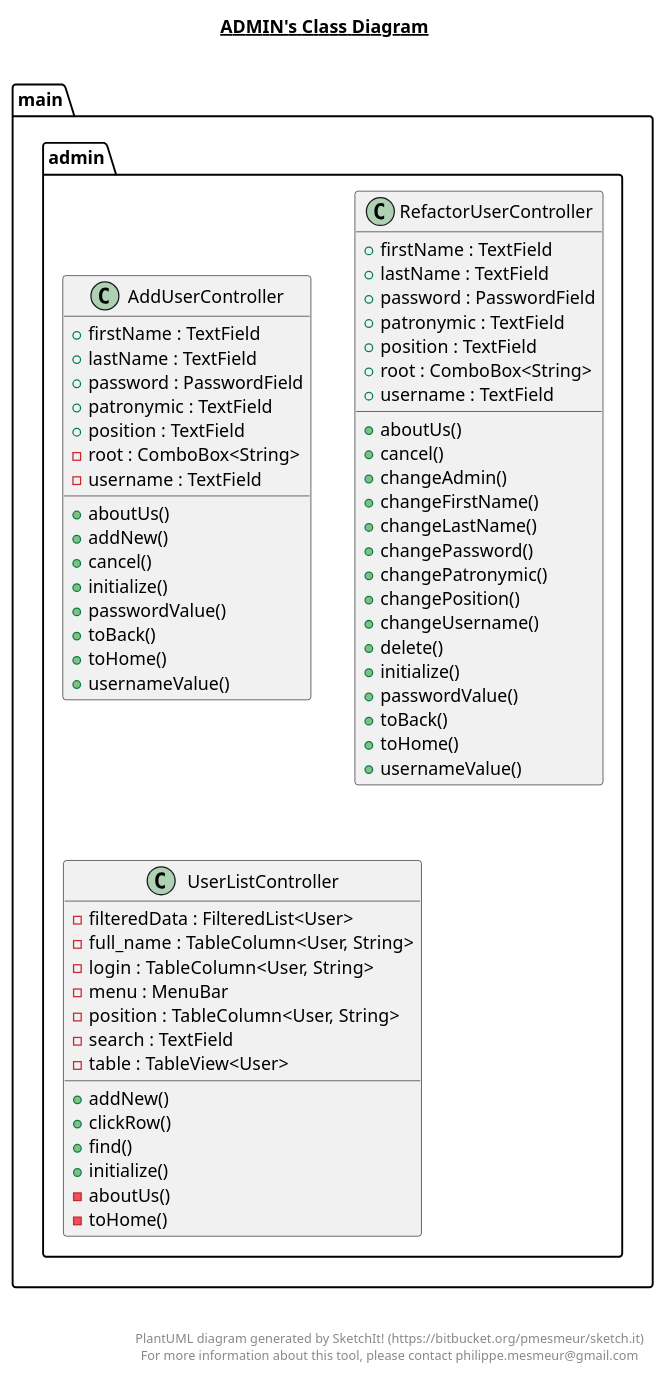
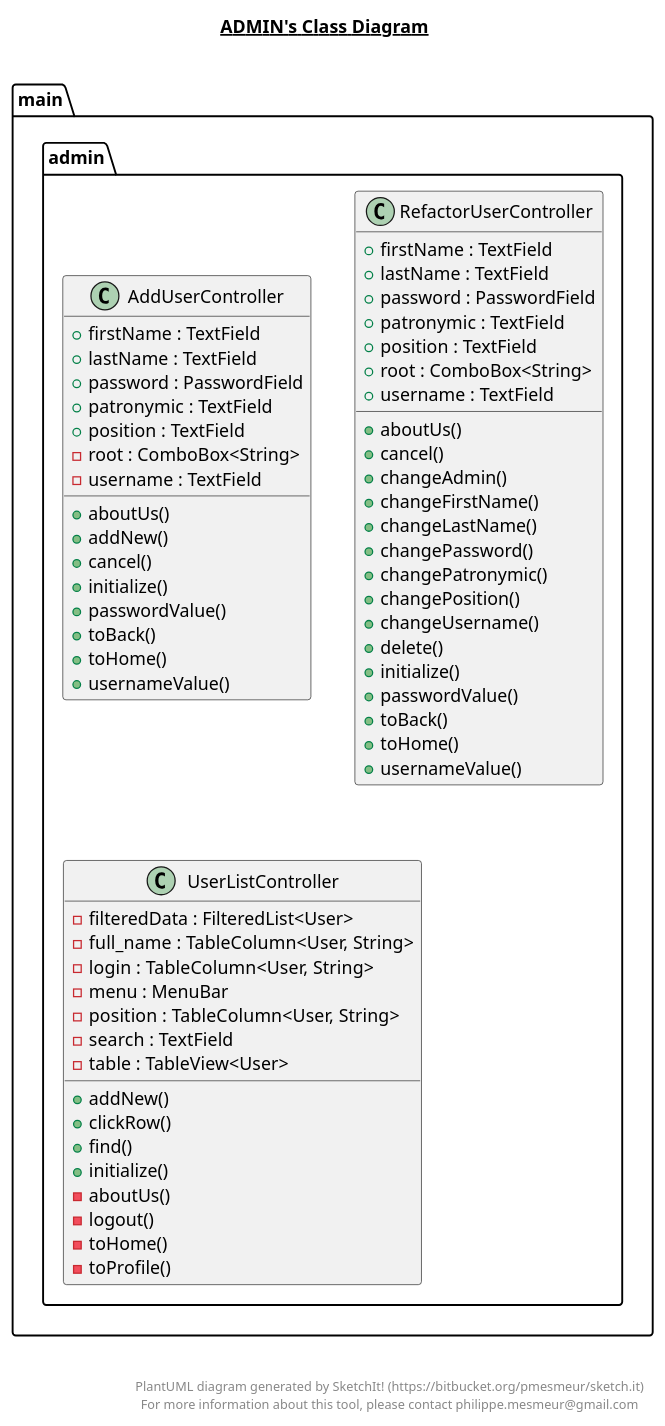
The diagram in src/main/admin/admin.plantuml (psychosis1/Work-Practice), drawn with PlantUML before and after one commit. The commit also changed 4 other files, not shown here.

```diff
--- a/src/main/admin/admin.plantuml
+++ b/src/main/admin/admin.plantuml
@@ -1,88 +1,90 @@
 @startuml
 
 title __ADMIN's Class Diagram__\n
 
   namespace main {
     namespace admin {
       class main.admin.AddUserController {
           + firstName : TextField
           + lastName : TextField
           + password : PasswordField
           + patronymic : TextField
           + position : TextField
           - root : ComboBox<String>
           - username : TextField
           + aboutUs()
           + addNew()
           + cancel()
           + initialize()
           + passwordValue()
           + toBack()
           + toHome()
           + usernameValue()
       }
     }
   }
   
 
   namespace main {
     namespace admin {
       class main.admin.RefactorUserController {
           + firstName : TextField
           + lastName : TextField
           + password : PasswordField
           + patronymic : TextField
           + position : TextField
           + root : ComboBox<String>
           + username : TextField
           + aboutUs()
           + cancel()
           + changeAdmin()
           + changeFirstName()
           + changeLastName()
           + changePassword()
           + changePatronymic()
           + changePosition()
           + changeUsername()
           + delete()
           + initialize()
           + passwordValue()
           + toBack()
           + toHome()
           + usernameValue()
       }
     }
   }
   
 
   namespace main {
     namespace admin {
       class main.admin.UserListController {
           - filteredData : FilteredList<User>
           - full_name : TableColumn<User, String>
           - login : TableColumn<User, String>
           - menu : MenuBar
           - position : TableColumn<User, String>
           - search : TextField
           - table : TableView<User>
           + addNew()
           + clickRow()
           + find()
           + initialize()
           - aboutUs()
+          - logout()
           - toHome()
+          - toProfile()
       }
     }
   }
   
 
 
 
 right footer
 
 
 PlantUML diagram generated by SketchIt! (https://bitbucket.org/pmesmeur/sketch.it)
 For more information about this tool, please contact philippe.mesmeur@gmail.com
 endfooter
 
 @enduml
```
